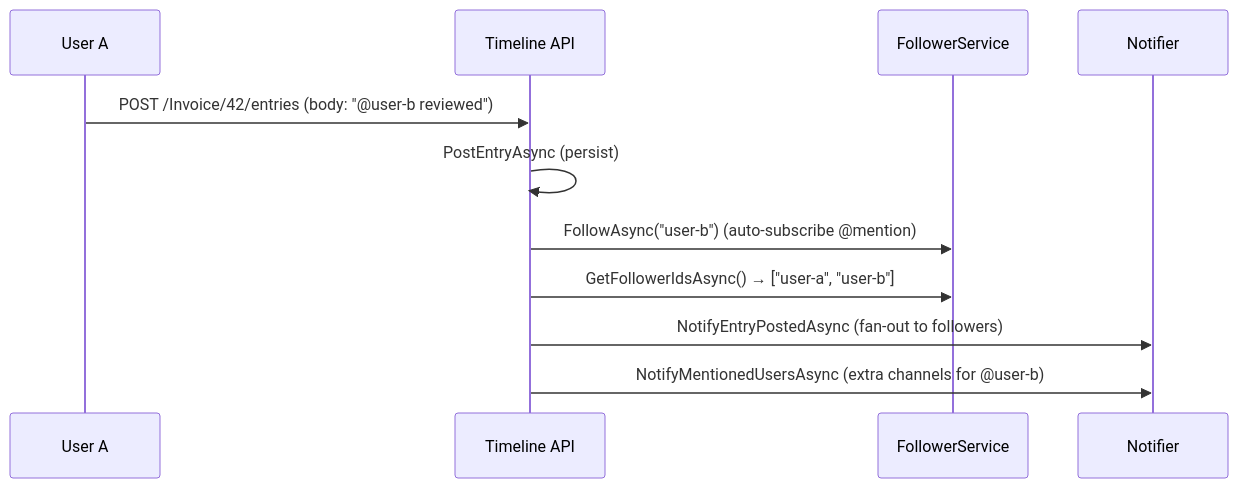
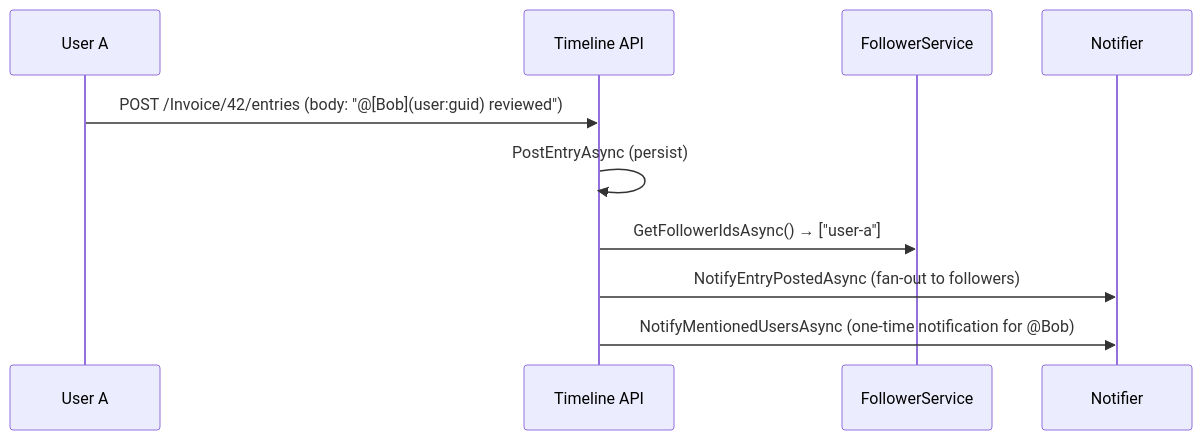
Before and after one commit to granit-fx/granit-dotnet: the second of 2 diagrams in docs-site/src/content/docs/dotnet/business/timeline.mdx, drawn with Mermaid. The commit also changed other lines of this file and 92 other files, not shown here.

First line of the commit message:
fix(workflow,webhooks,timeline,wolverine): security audit — 10 Workflow findings + remaining modules

````diff
--- a/docs-site/src/content/docs/dotnet/business/timeline.mdx
+++ b/docs-site/src/content/docs/dotnet/business/timeline.mdx
@@ -155,14 +165,13 @@
 ```mermaid
 sequenceDiagram
     participant U as User A
     participant API as Timeline API
     participant FS as FollowerService
     participant N as Notifier
 
-    U->>API: POST /Invoice/42/entries (body: "@user-b reviewed")
+    U->>API: POST /Invoice/42/entries (body: "@[Bob](user:guid) reviewed")
     API->>API: PostEntryAsync (persist)
-    API->>FS: FollowAsync("user-b") (auto-subscribe @mention)
-    API->>FS: GetFollowerIdsAsync() → ["user-a", "user-b"]
+    API->>FS: GetFollowerIdsAsync() → ["user-a"]
     API->>N: NotifyEntryPostedAsync (fan-out to followers)
-    API->>N: NotifyMentionedUsersAsync (extra channels for @user-b)
+    API->>N: NotifyMentionedUsersAsync (one-time notification for @Bob)
 ```
````
